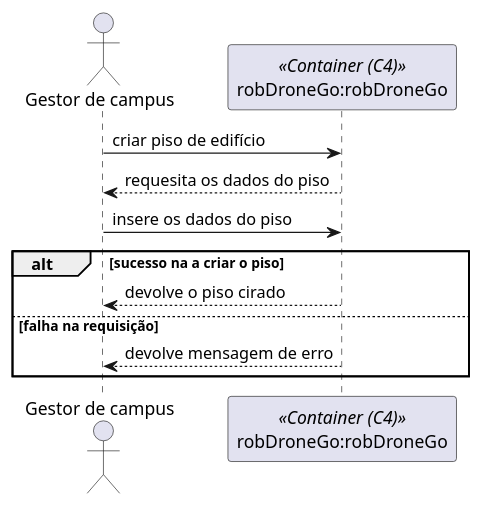
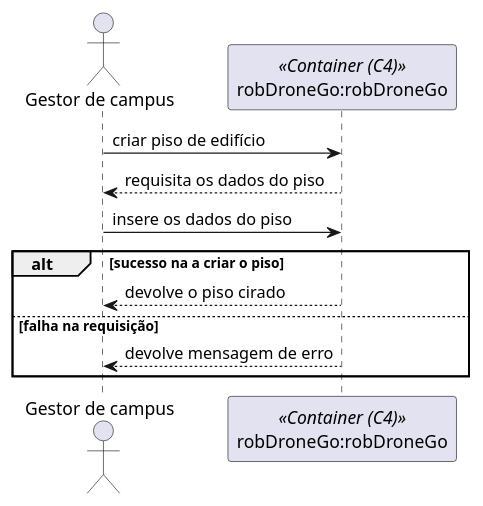
One commit to ruben1132/PI5_23-24 changed the diagram in docs/Nivel1/N1_US190.puml. Above: the diagram before and after it, drawn with PlantUML. The commit also changed 13 other files, not shown here.

Commit message:
#1 #2 #3 #5 #9 #20 diagramas nivel 2

```diff
--- a/docs/Nivel1/N1_US190.puml
+++ b/docs/Nivel1/N1_US190.puml
@@ -1,17 +1,17 @@
 @startuml
 
 actor "Gestor de campus" as Actor
 participant "robDroneGo:robDroneGo" as Container <<Container (C4)>>
 
 Actor -> Container: criar piso de edifício
-Container --> Actor: requesita os dados do piso
+Container --> Actor: requisita os dados do piso
 Actor -> Container: insere os dados do piso
 
 alt sucesso na a criar o piso
     Container --> Actor: devolve o piso cirado
 else falha na requisição
     Container --> Actor: devolve mensagem de erro
 end
 
 
 @enduml
```
